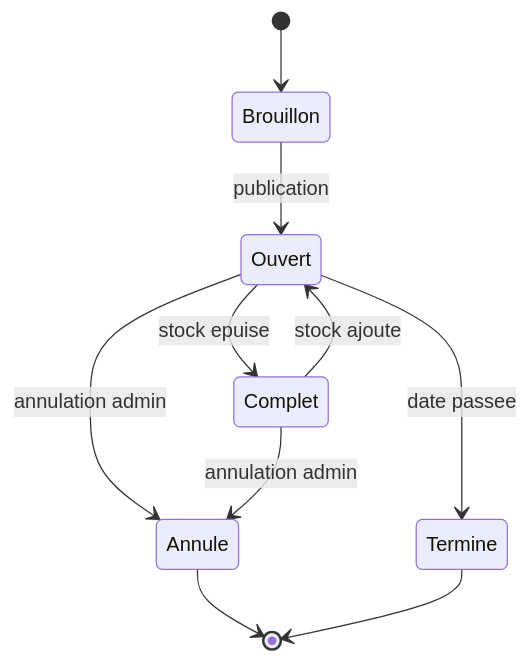
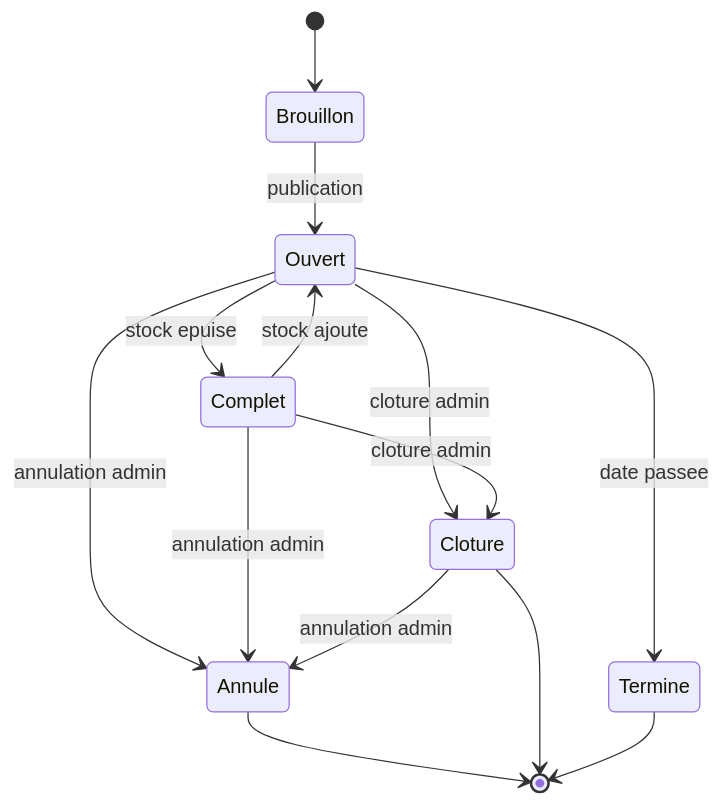
Before and after one commit to Axel-al/billeterie-concerts: the first of 3 diagrams in docs/validation/diagrammes_etats.md, drawn with Mermaid. The commit also changed other lines of this file and 26 other files, not shown here.

````diff
--- a/docs/validation/diagrammes_etats.md
+++ b/docs/validation/diagrammes_etats.md
@@ -7,12 +7,16 @@
 ```mermaid
 stateDiagram-v2
     [*] --> Brouillon
     Brouillon --> Ouvert: publication
+    Ouvert --> Cloture: cloture admin
     Ouvert --> Complet: stock epuise
     Ouvert --> Annule: annulation admin
     Ouvert --> Termine: date passee
     Complet --> Ouvert: stock ajoute
+    Complet --> Cloture: cloture admin
     Complet --> Annule: annulation admin
+    Cloture --> Annule: annulation admin
     Annule --> [*]
+    Cloture --> [*]
     Termine --> [*]
 ```
````
